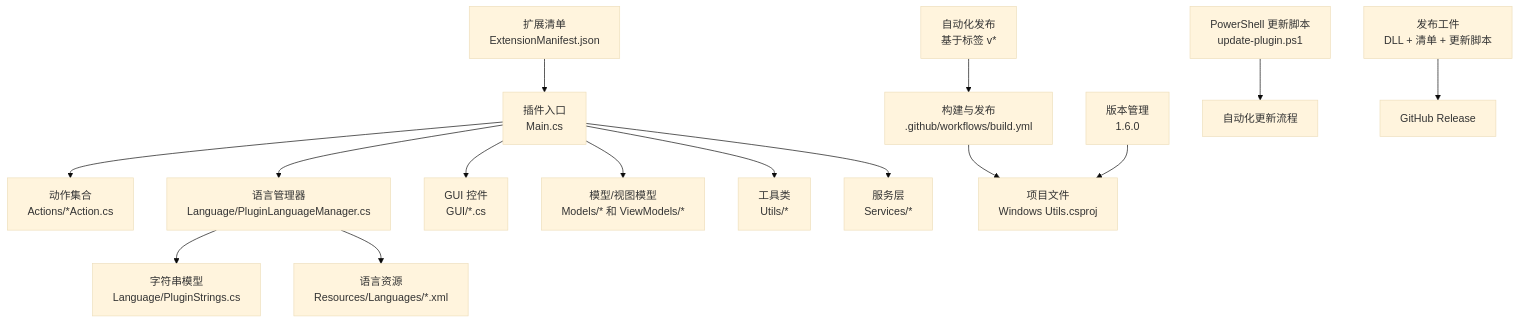
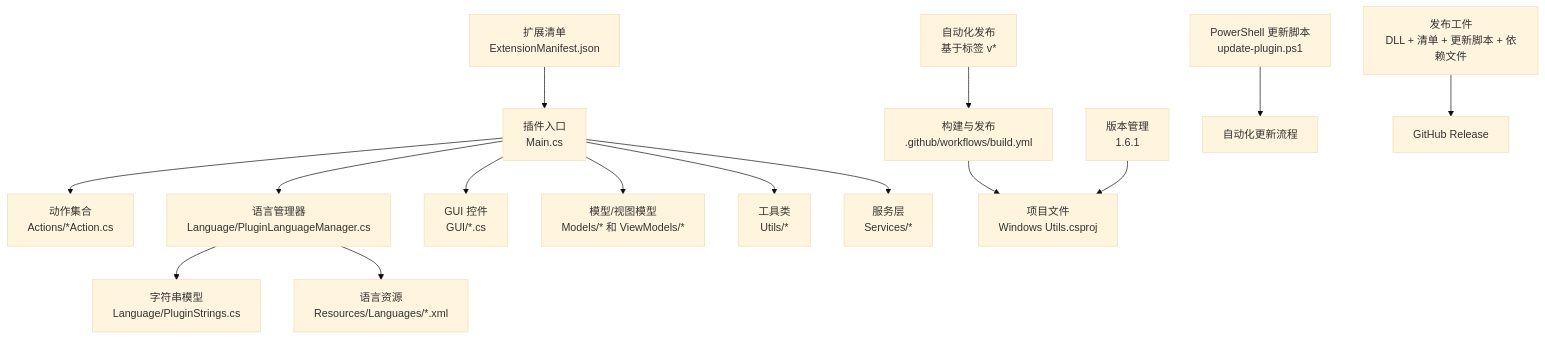
One commit to tea4go/Macro-Deck-Windows-Utils-Plugin changed the first of 8 diagrams in .qoder/repowiki/zh/content/贡献指南.md. Above: the diagram before and after it, drawn with Mermaid (base theme). The commit also changed other lines of this file and 16 other files, not shown here.

````diff
--- a/.qoder/repowiki/zh/content/贡献指南.md
+++ b/.qoder/repowiki/zh/content/贡献指南.md
@@ -50,17 +51,17 @@
 ```mermaid
 graph TB
 A["插件入口<br/>Main.cs"] --> B["动作集合<br/>Actions/*Action.cs"]
 A --> C["语言管理器<br/>Language/PluginLanguageManager.cs"]
 C --> D["字符串模型<br/>Language/PluginStrings.cs"]
 C --> E["语言资源<br/>Resources/Languages/*.xml"]
 A --> F["GUI 控件<br/>GUI/*.cs"]
 A --> G["模型/视图模型<br/>Models/* 和 ViewModels/*"]
 A --> H["工具类<br/>Utils/*"]
 A --> I["服务层<br/>Services/*"]
 J["构建与发布<br/>.github/workflows/build.yml"] --> K["项目文件<br/>Windows Utils.csproj"]
 L["扩展清单<br/>ExtensionManifest.json"] --> A
 M["自动化发布<br/>基于标签 v*"] --> J
-N["版本管理<br/>1.6.0"] --> K
+N["版本管理<br/>1.6.1"] --> K
 O["PowerShell 更新脚本<br/>update-plugin.ps1"] --> P["自动化更新流程"]
-Q["发布工件<br/>DLL + 清单 + 更新脚本"] --> R["GitHub Release"]
+Q["发布工件<br/>DLL + 清单 + 更新脚本 + 依赖文件"] --> R["GitHub Release"]
 ```
````
